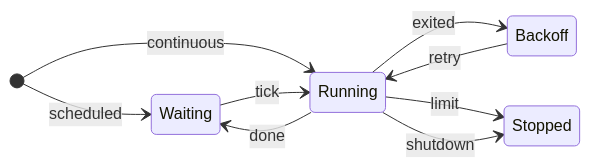
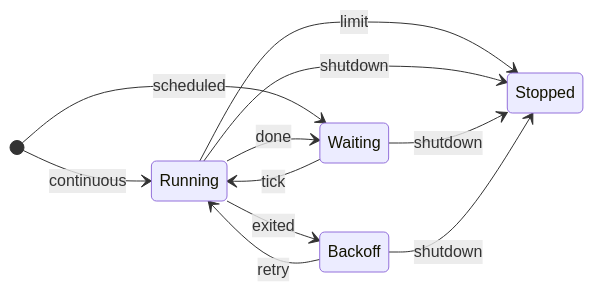
The second of 3 diagrams in docs/extractors.md (hyperi-io/dfe-fetcher), drawn with Mermaid before and after one commit. The commit also changed other lines of this file and 2 other files, not shown here.

Commit message:
docs(fetcher): draw extractor shutdown from every state
The container extractor lifecycle diagram shows shutdown from Waiting, Backoff and Running, matching the run loop. Its description explains the restart limit.

The cost notes name one write per source: the activity-feed subscription start for M365 and the Pub/Sub acknowledgement.

````diff
--- a/docs/extractors.md
+++ b/docs/extractors.md
@@ -54,14 +54,16 @@
 ```mermaid
 stateDiagram-v2
     direction LR
     accTitle: L4 Detail -- Container extractor lifecycle
-    accDescr: A scheduled container waits an interval, runs, and waits again. A continuous container runs at once and, when it exits, waits out a backoff and runs again, until its exits with no stable run between pass max_restart_attempts. Shutdown stops the extractor.
+    accDescr: A scheduled container waits an interval, runs, and waits again. A continuous container runs at once and, when it exits, waits out a backoff and runs again, It stops for good when it exits more than max_restart_attempts times with no stable run between. Shutdown stops it from any state.
+    [*] --> Running: continuous
     [*] --> Waiting: scheduled
-    [*] --> Running: continuous
     Waiting --> Running: tick
     Running --> Waiting: done
     Running --> Backoff: exited
     Backoff --> Running: retry
     Running --> Stopped: limit
     Running --> Stopped: shutdown
+    Waiting --> Stopped: shutdown
+    Backoff --> Stopped: shutdown
 ```
````
